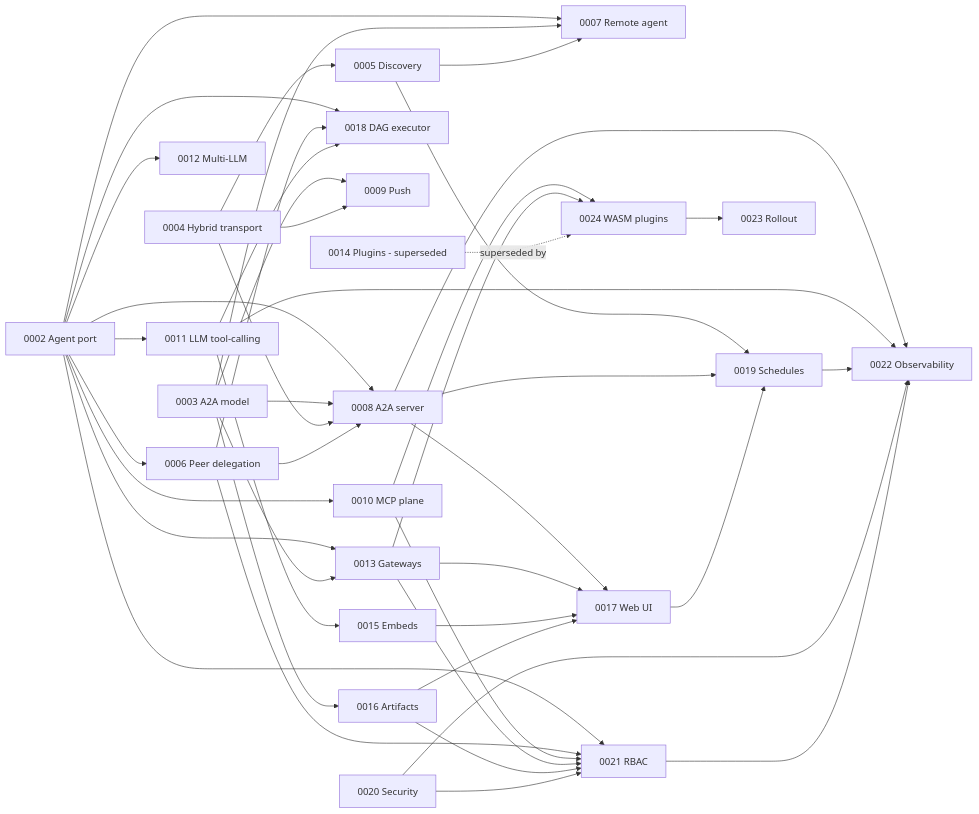
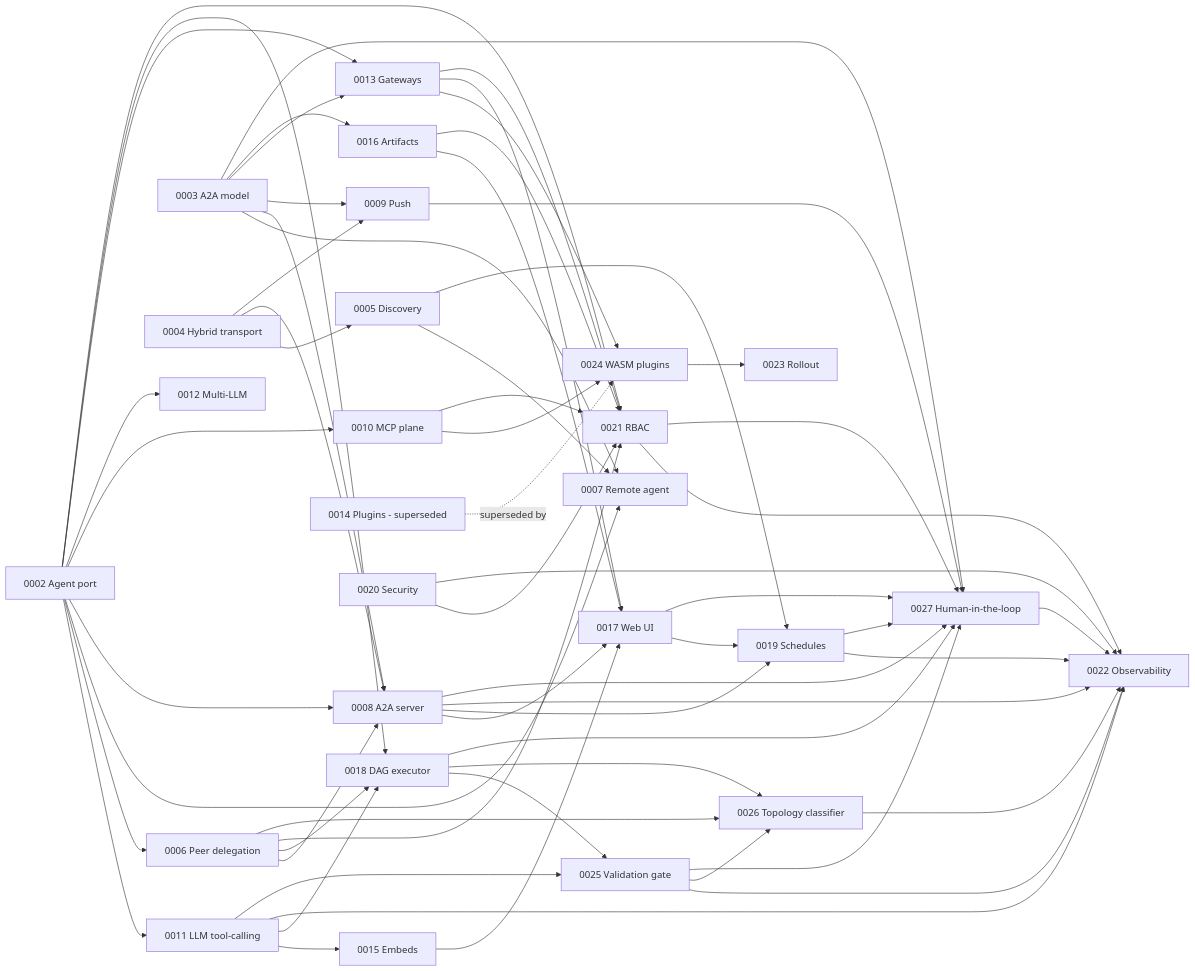
One commit to profencer/ork changed the second of 2 diagrams in docs/adrs/README.md. Above: the diagram before and after it, drawn with Mermaid. The commit also changed other lines of this file and 95 other files, not shown here.

````diff
--- a/docs/adrs/README.md
+++ b/docs/adrs/README.md
@@ -131,46 +134,62 @@
 ```mermaid
 flowchart LR
   ADR0002[0002 Agent port] --> ADR0011[0011 LLM tool-calling]
   ADR0002 --> ADR0006[0006 Peer delegation]
   ADR0002 --> ADR0007[0007 Remote agent]
   ADR0002 --> ADR0008[0008 A2A server]
   ADR0002 --> ADR0010[0010 MCP plane]
   ADR0002 --> ADR0012[0012 Multi-LLM]
   ADR0002 --> ADR0013[0013 Gateways]
   ADR0002 --> ADR0018[0018 DAG executor]
   ADR0002 --> ADR0021[0021 RBAC]
   ADR0003[0003 A2A model] --> ADR0007
   ADR0003 --> ADR0008
   ADR0003 --> ADR0009[0009 Push]
   ADR0003 --> ADR0013
   ADR0003 --> ADR0016[0016 Artifacts]
   ADR0004[0004 Hybrid transport] --> ADR0005[0005 Discovery]
   ADR0004 --> ADR0008
   ADR0004 --> ADR0009
   ADR0005 --> ADR0007
   ADR0005 --> ADR0019[0019 Schedules]
   ADR0006 --> ADR0008
   ADR0006 --> ADR0018
   ADR0006 --> ADR0021
   ADR0008 --> ADR0017[0017 Web UI]
   ADR0008 --> ADR0019
   ADR0008 --> ADR0022[0022 Observability]
   ADR0010 --> ADR0024[0024 WASM plugins]
   ADR0010 --> ADR0021
   ADR0011 --> ADR0015[0015 Embeds]
   ADR0011 --> ADR0018
   ADR0011 --> ADR0022
   ADR0013 --> ADR0024
   ADR0013 --> ADR0017
   ADR0013 --> ADR0021
   ADR0024 --> ADR0023[0023 Rollout]
   ADR0014[0014 Plugins - superseded] -.->|superseded by| ADR0024
   ADR0015 --> ADR0017
   ADR0016 --> ADR0017
   ADR0016 --> ADR0021
   ADR0017 --> ADR0019
   ADR0019 --> ADR0022
   ADR0020[0020 Security] --> ADR0021
   ADR0020 --> ADR0022
   ADR0021 --> ADR0022
+  ADR0011 --> ADR0025[0025 Validation gate]
+  ADR0018 --> ADR0025
+  ADR0025 --> ADR0022
+  ADR0018 --> ADR0026[0026 Topology classifier]
+  ADR0006 --> ADR0026
+  ADR0025 --> ADR0026
+  ADR0026 --> ADR0022
+  ADR0003 --> ADR0027[0027 Human-in-the-loop]
+  ADR0008 --> ADR0027
+  ADR0009 --> ADR0027
+  ADR0017 --> ADR0027
+  ADR0018 --> ADR0027
+  ADR0019 --> ADR0027
+  ADR0021 --> ADR0027
+  ADR0025 --> ADR0027
+  ADR0027 --> ADR0022
 ```
````
